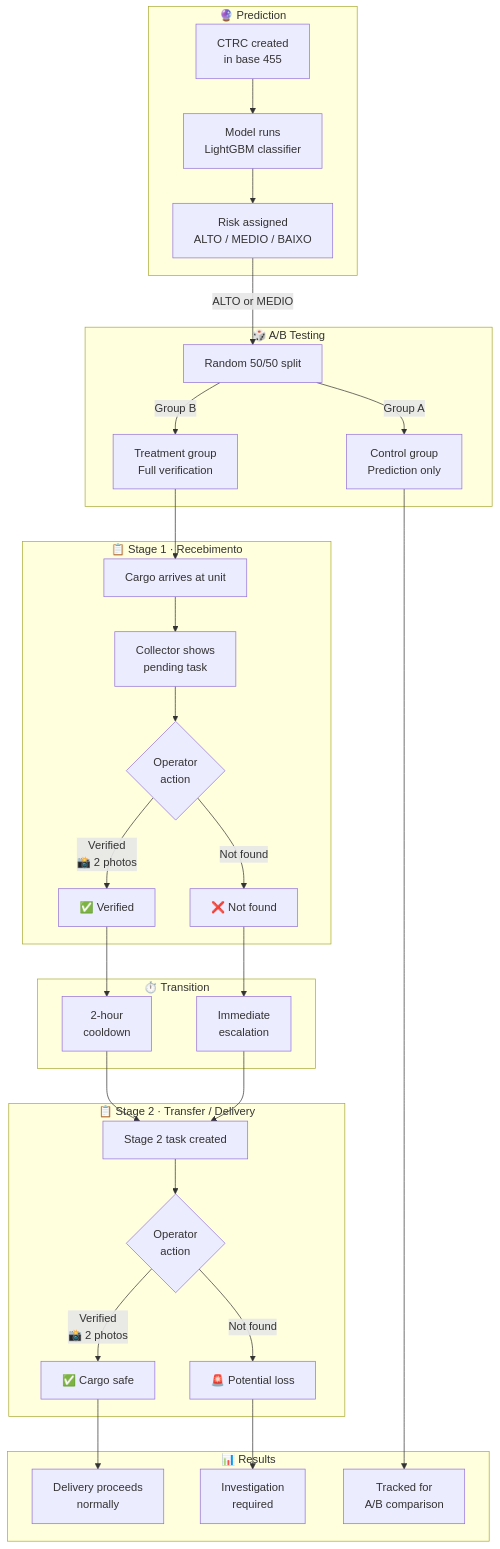
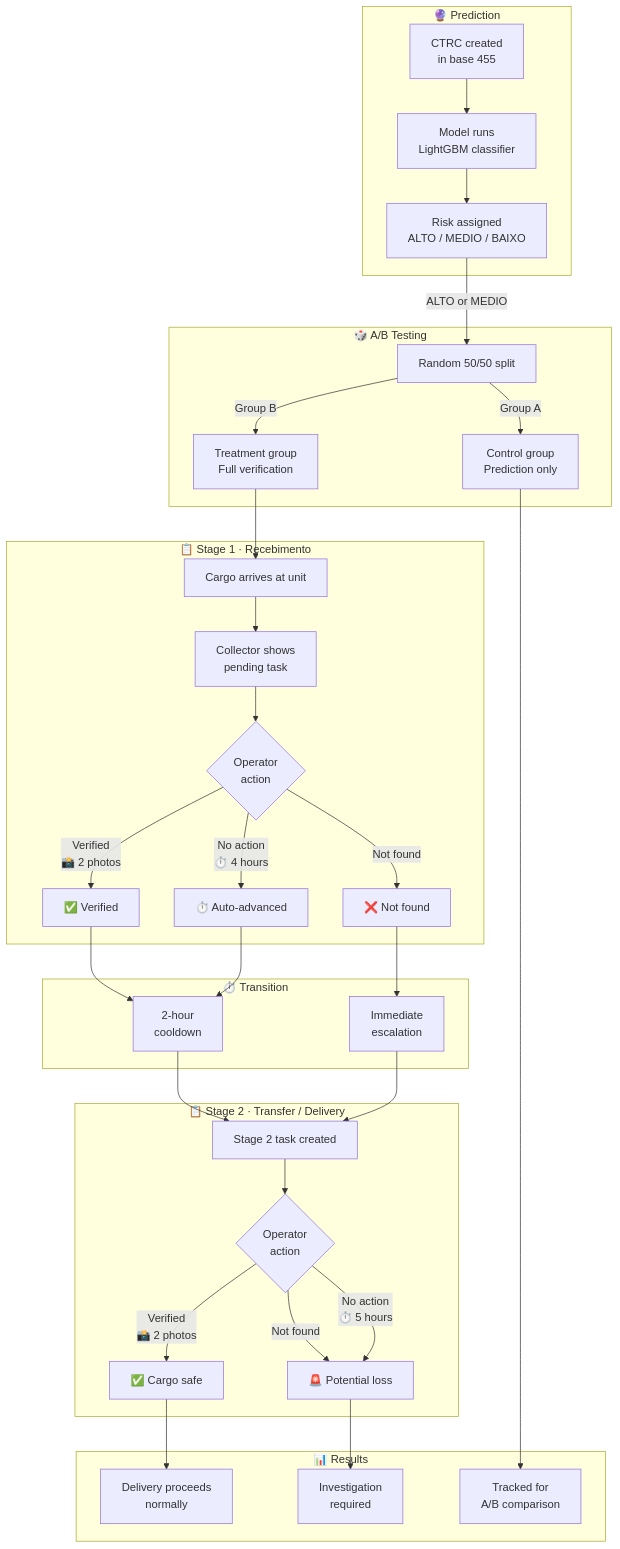
Before and after one commit to laplace-ai/laplace-docs: the fourth of 4 diagrams in content/en/v1/platform/loss-prediction/verification-process.mdx, drawn with Mermaid. The commit also changed other lines of this file and 1 other file, not shown here.

````diff
--- a/content/en/v1/platform/loss-prediction/verification-process.mdx
+++ b/content/en/v1/platform/loss-prediction/verification-process.mdx
@@ -149,40 +172,43 @@
 ```mermaid
 flowchart TD
     subgraph pred["🔮 Prediction"]
         A["CTRC created\nin base 455"] --> B["Model runs\nLightGBM classifier"]
         B --> C["Risk assigned\nALTO / MEDIO / BAIXO"]
     end
 
     subgraph ab["🎲 A/B Testing"]
         C -->|ALTO or MEDIO| D["Random 50/50 split"]
         D -->|Group A| E["Control group\nPrediction only"]
         D -->|Group B| F["Treatment group\nFull verification"]
     end
 
     subgraph s1["📋 Stage 1 · Recebimento"]
         F --> G["Cargo arrives at unit"]
         G --> H["Collector shows\npending task"]
         H --> I{"Operator\naction"}
         I -->|"Verified\n📸 2 photos"| J["✅ Verified"]
         I -->|Not found| K["❌ Not found"]
+        I -->|"No action\n⏱️ 4 hours"| K2["⏱️ Auto-advanced"]
     end
 
     subgraph cooldown["⏱️ Transition"]
         J --> L["2-hour\ncooldown"]
         K --> M["Immediate\nescalation"]
+        K2 --> L
     end
 
     subgraph s2["📋 Stage 2 · Transfer / Delivery"]
         L --> N["Stage 2 task created"]
         M --> N
         N --> O{"Operator\naction"}
         O -->|"Verified\n📸 2 photos"| P["✅ Cargo safe"]
         O -->|Not found| Q["🚨 Potential loss"]
+        O -->|"No action\n⏱️ 5 hours"| Q
     end
 
     subgraph result["📊 Results"]
         P --> R["Delivery proceeds\nnormally"]
         Q --> S["Investigation\nrequired"]
         E --> T["Tracked for\nA/B comparison"]
     end
 ```
````
